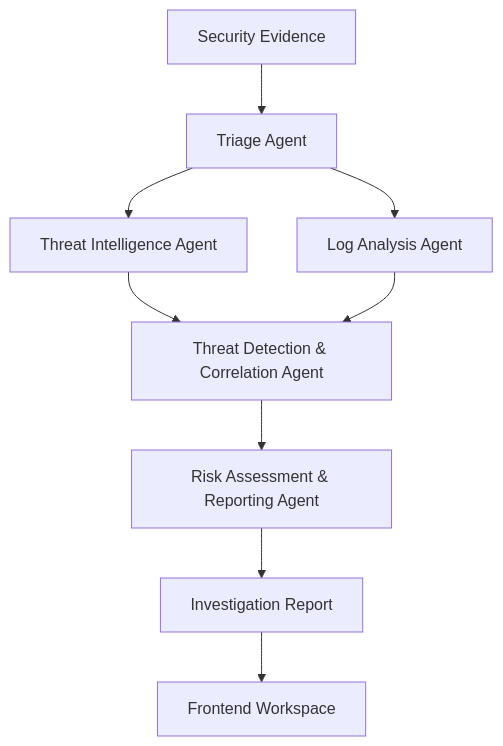
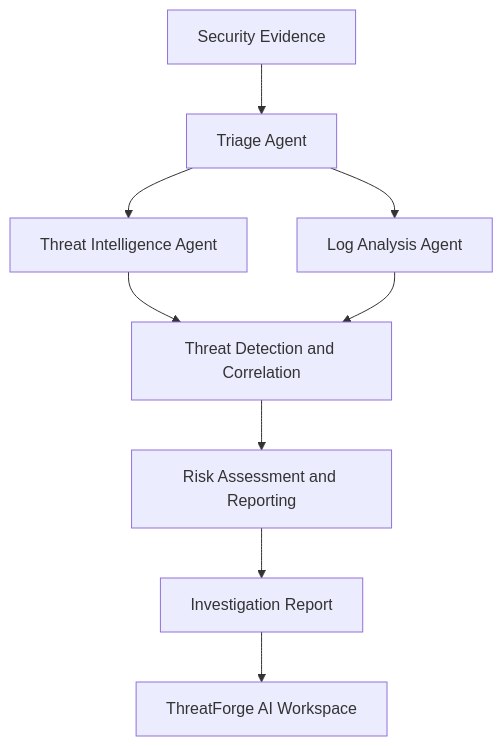
Before and after one commit to Rameeshafatima-png/ThreatForge-AI: the diagram in README.md, drawn with Mermaid. The commit also changed other lines of this file, not shown here.

Commit message:
Add complete ThreatForge AI documentation

````diff
--- a/README.md
+++ b/README.md
@@ -47,11 +111,15 @@
 ```mermaid
 flowchart TD
     A[Security Evidence] --> B[Triage Agent]
+
     B --> C[Threat Intelligence Agent]
     B --> D[Log Analysis Agent]
-    C --> E[Threat Detection & Correlation Agent]
+
+    C --> E[Threat Detection and Correlation]
     D --> E
-    E --> F[Risk Assessment & Reporting Agent]
+
+    E --> F[Risk Assessment and Reporting]
+
     F --> G[Investigation Report]
-    G --> H[Frontend Workspace]
+    G --> H[ThreatForge AI Workspace]
 ```
````
